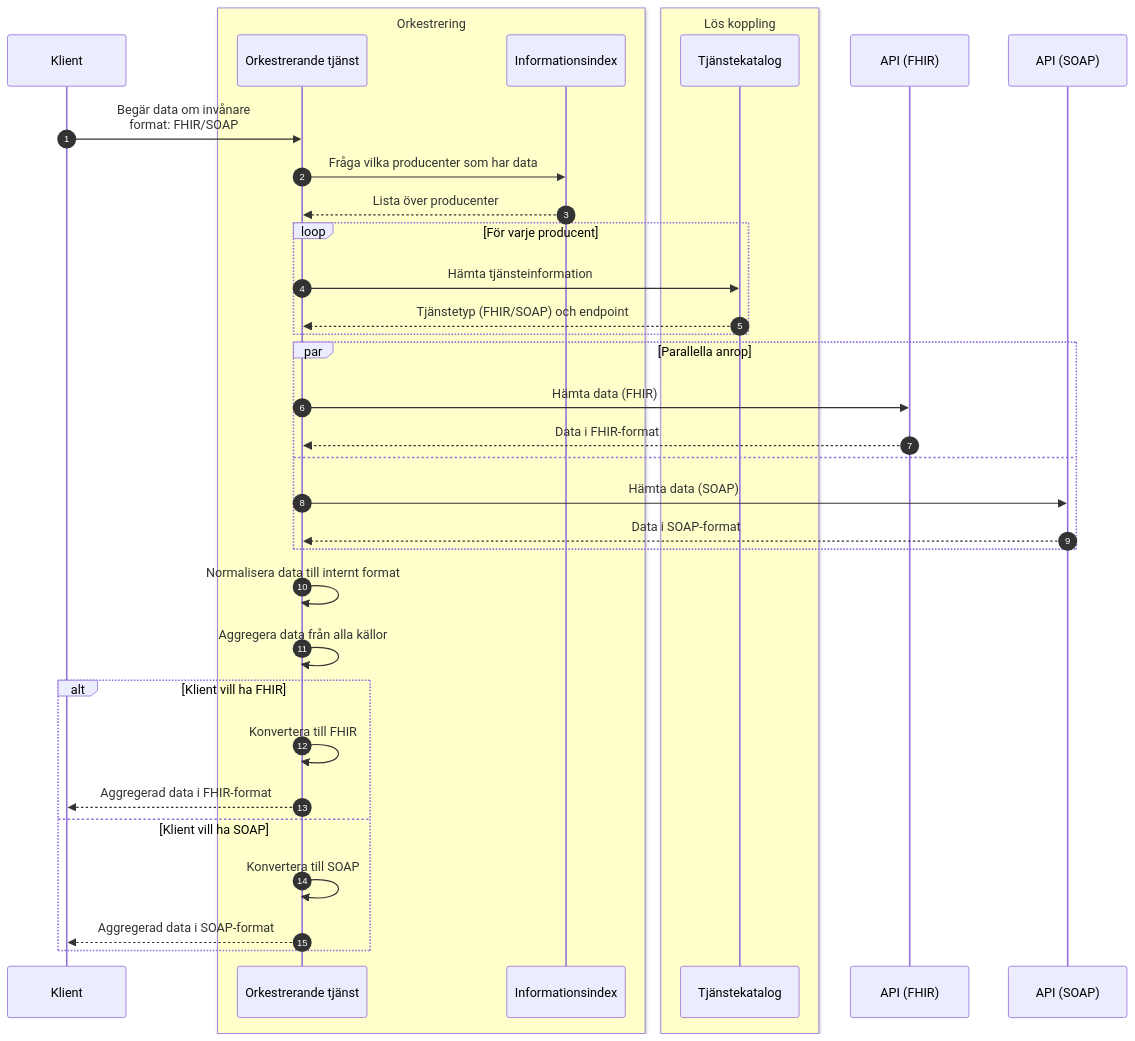
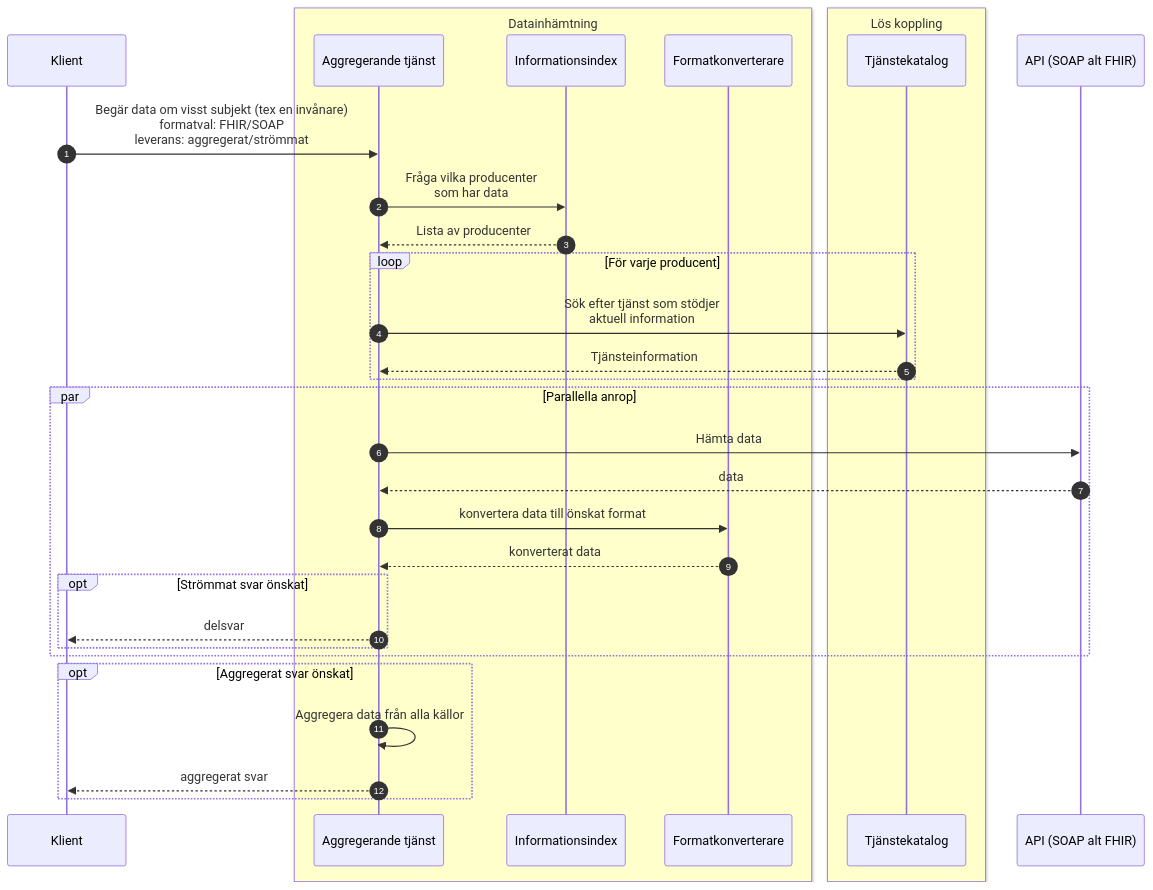
The third of 5 diagrams in T2-krav/tk-krav.md (anders-malmros-inera/t2mmd), drawn with Mermaid before and after one commit. The commit also changed other lines of this file, not shown here.

Commit message:
Refactor tk-krav.md: update service diagrams and terminology, replacing 'Samverkansinfrastruktur' with 'Informationsförsörjningstjänst' and adjusting participant roles

````diff
--- a/T2-krav/tk-krav.md
+++ b/T2-krav/tk-krav.md
@@ -53,42 +52,39 @@
 ```mermaid
 sequenceDiagram
     autonumber
     participant K as Klient
-    box  rgb(255,255,204) Orkestrering
-        participant AT as Orkestrerande tjänst
+    box  rgb(255,255,204) Datainhämtning
+        participant AT as Aggregerande tjänst
         participant IT as Informationsindex
+        participant FK as Formatkonverterare
     end
     box  rgb(255,255,204) Lös koppling
         participant TC as Tjänstekatalog
     end
-    participant TP1 as API (FHIR)
-    participant TP2 as API (SOAP)
+    participant TP as API (SOAP alt FHIR)
 
-    K->>AT: Begär data om invånare<br>format: FHIR/SOAP
-    AT->>IT: Fråga vilka producenter som har data
-    IT-->>AT: Lista över producenter
+    K->>AT: Begär data om visst subjekt (tex en invånare)<br>formatval: FHIR/SOAP<br>leverans: aggregerat/strömmat
+    AT->>IT: Fråga vilka producenter <br>som har data
+    IT-->>AT: Lista av producenter
     
     loop För varje producent
-        AT->>TC: Hämta tjänsteinformation
-        TC-->>AT: Tjänstetyp (FHIR/SOAP) och endpoint
+        AT->>TC: Sök efter tjänst som stödjer<br>aktuell information
+        TC-->>AT: Tjänsteinformation
     end
     
     par Parallella anrop
-        AT->>TP1: Hämta data (FHIR)
-        TP1-->>AT: Data i FHIR-format
-    and
-        AT->>TP2: Hämta data (SOAP)
-        TP2-->>AT: Data i SOAP-format
+        AT->>TP: Hämta data 
+        TP-->>AT: data
+        AT->>FK: konvertera data till önskat format
+        FK-->>AT:konverterat data
+
+        opt Strömmat svar önskat
+            AT-->>K: delsvar
+        end
     end
     
-    AT->>AT: Normalisera data till internt format
-    AT->>AT: Aggregera data från alla källor
-    
-    alt Klient vill ha FHIR
-        AT->>AT: Konvertera till FHIR
-        AT-->>K: Aggregerad data i FHIR-format
-    else Klient vill ha SOAP
-        AT->>AT: Konvertera till SOAP
-        AT-->>K: Aggregerad data i SOAP-format
+    opt Aggregerat svar önskat
+        AT->>AT: Aggregera data från alla källor
+        AT-->>K: aggregerat svar
     end
 ```
````
